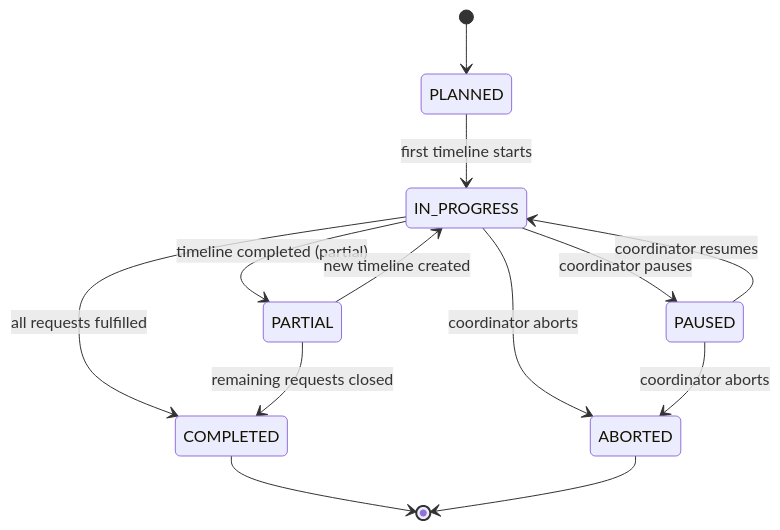
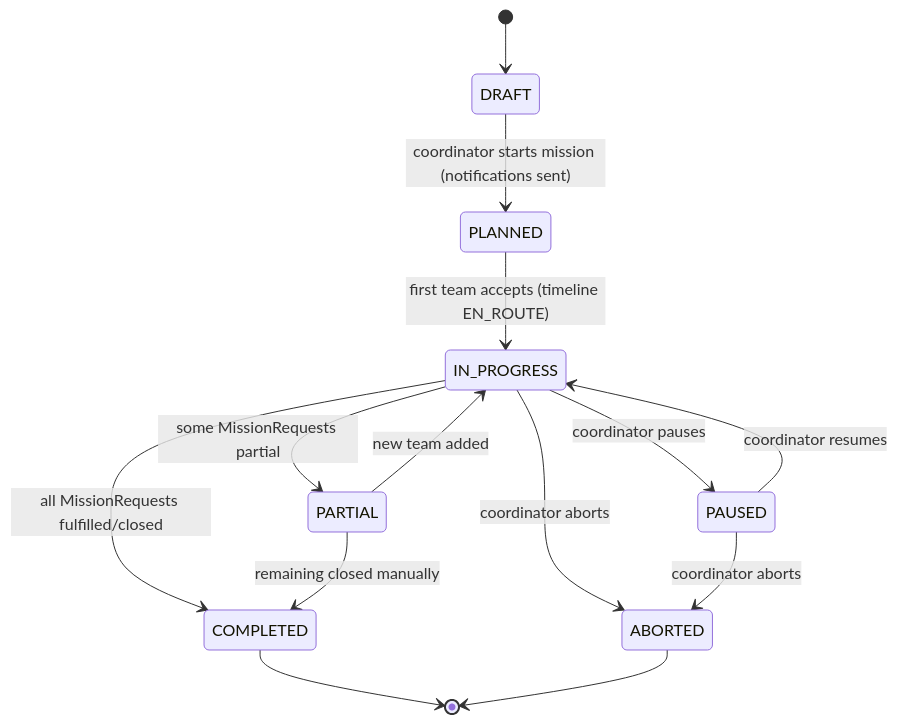
Before and after one commit to phuonganh1609/flood_rescue: the third of 6 diagrams in docs/flows/Relief_flow_1.1.md, drawn with Mermaid. The commit also changed other lines of this file and 18 other files, not shown here.

Commit message:
docs: sửa lại docs để làm lại luồng cho mission: ERD, flows, API,...

````diff
--- a/docs/flows/Relief_flow_1.1.md
+++ b/docs/flows/Relief_flow_1.1.md
@@ -111,21 +117,22 @@
 ```mermaid
 stateDiagram-v2
-    [*] --> PLANNED
+    [*] --> DRAFT
 
-    PLANNED --> IN_PROGRESS : first timeline starts
+    DRAFT --> PLANNED : coordinator starts mission (notifications sent)
+    PLANNED --> IN_PROGRESS : first team accepts (timeline EN_ROUTE)
 
     IN_PROGRESS --> PAUSED : coordinator pauses
     PAUSED --> IN_PROGRESS : coordinator resumes
 
-    IN_PROGRESS --> PARTIAL : timeline completed (partial)
-    PARTIAL --> IN_PROGRESS : new timeline created
+    IN_PROGRESS --> PARTIAL : some MissionRequests partial
+    PARTIAL --> IN_PROGRESS : new team added
 
-    IN_PROGRESS --> COMPLETED : all requests fulfilled
-    PARTIAL --> COMPLETED : remaining requests closed
+    IN_PROGRESS --> COMPLETED : all MissionRequests fulfilled/closed
+    PARTIAL --> COMPLETED : remaining closed manually
 
     IN_PROGRESS --> ABORTED : coordinator aborts
     PAUSED --> ABORTED : coordinator aborts
 
     COMPLETED --> [*]
     ABORTED --> [*]
 ```
````
